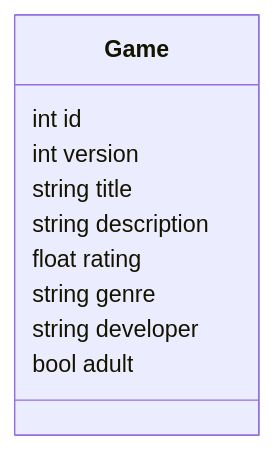
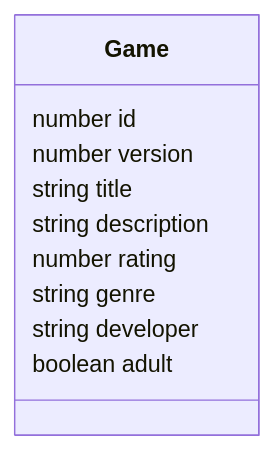
Before and after one commit to JRDNVI/ds-CA1: the diagram in README.md, drawn with Mermaid.

Commit message:
Fixed read me game types

````diff
--- a/README.md
+++ b/README.md
@@ -11,13 +11,13 @@
 ```mermaid
 classDiagram
     class Game {
-        int id
-        int version
+        number id
+        number version
         string title
         string description
-        float rating
+        number rating
         string genre
         string developer
-        bool adult
+        boolean adult
     }
 ```
````
